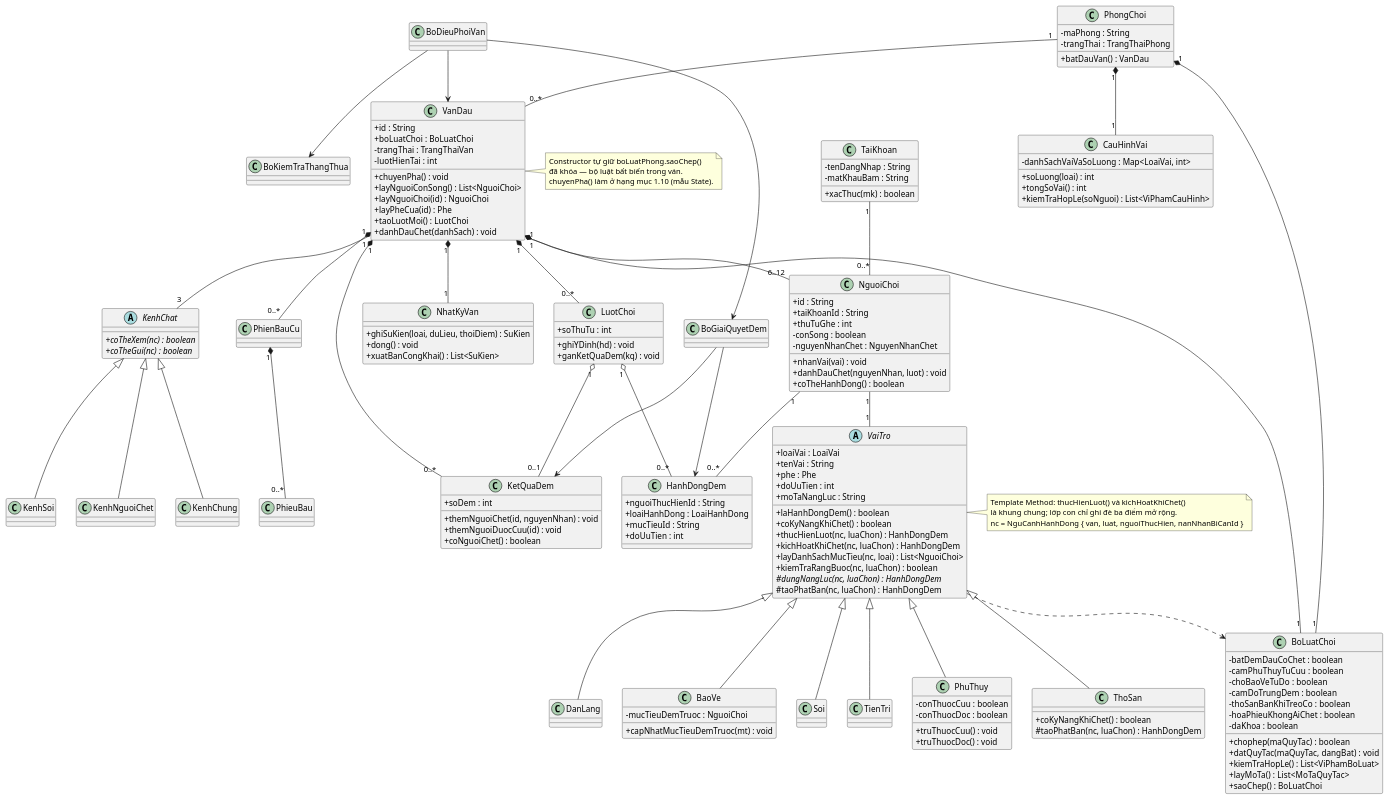
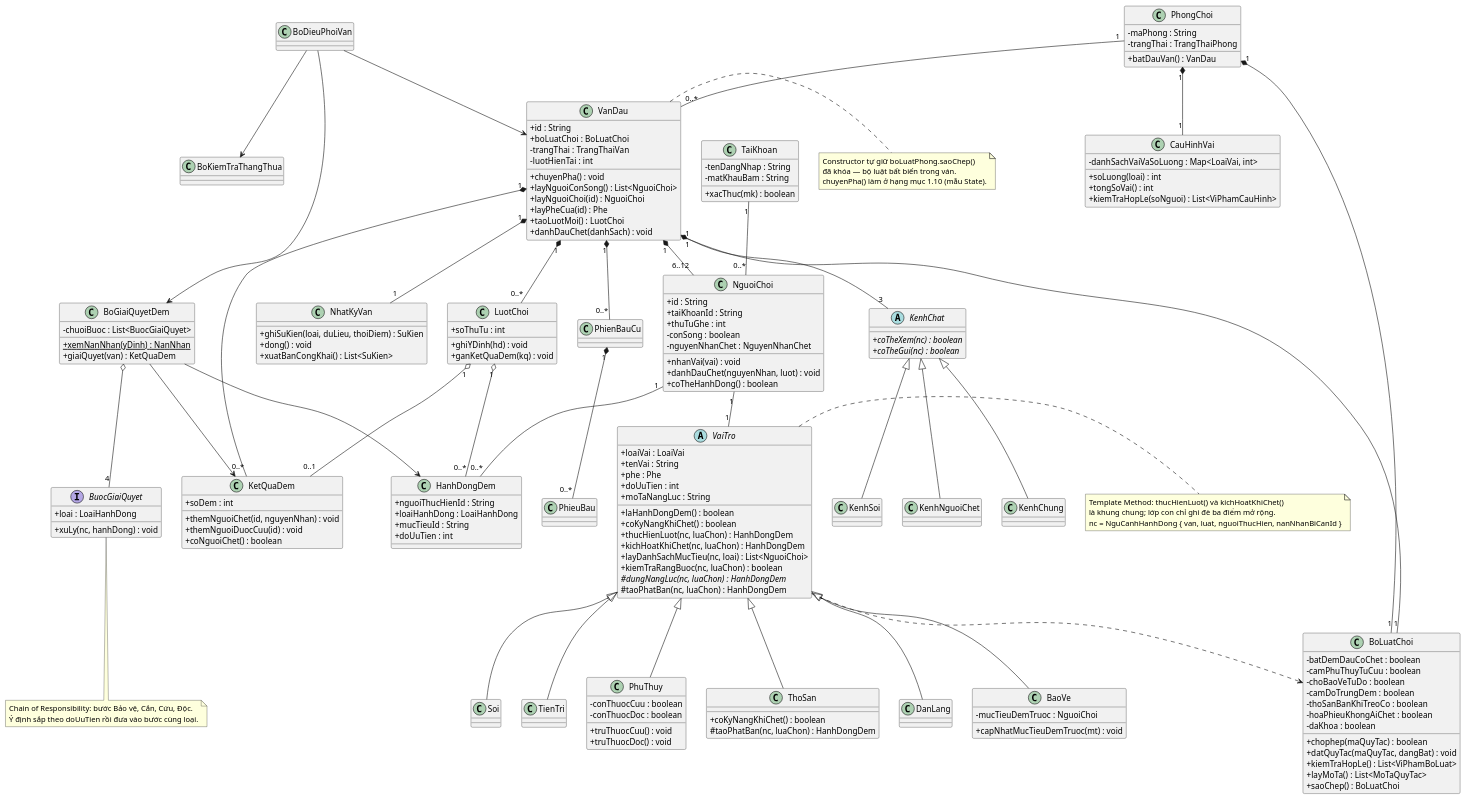
Before and after one commit to AlaVox-lab/WereWolf_Game: the diagram in docs/diagrams/03-class-loi.puml, drawn with PlantUML. The commit also changed 7 other files, not shown here.

```diff
--- a/docs/diagrams/03-class-loi.puml
+++ b/docs/diagrams/03-class-loi.puml
@@ -3,162 +3,175 @@
 @startuml
 skinparam classAttributeIconSize 0
 abstract class VaiTro {
   + loaiVai : LoaiVai
   + tenVai : String
   + phe : Phe
   + doUuTien : int
   + moTaNangLuc : String
   + laHanhDongDem() : boolean
   + coKyNangKhiChet() : boolean
   + thucHienLuot(nc, luaChon) : HanhDongDem
   + kichHoatKhiChet(nc, luaChon) : HanhDongDem
   + layDanhSachMucTieu(nc, loai) : List<NguoiChoi>
   + kiemTraRangBuoc(nc, luaChon) : boolean
   # {abstract} dungNangLuc(nc, luaChon) : HanhDongDem
   # taoPhatBan(nc, luaChon) : HanhDongDem
 }
 note right of VaiTro
   Template Method: thucHienLuot() và kichHoatKhiChet()
   là khung chung; lớp con chỉ ghi đè ba điểm mở rộng.
   nc = NguCanhHanhDong { van, luat, nguoiThucHien, nanNhanBiCanId }
 end note
 class DanLang
 class BaoVe {
   - mucTieuDemTruoc : NguoiChoi
   + capNhatMucTieuDemTruoc(mt) : void
 }
 class Soi
 class TienTri
 class PhuThuy {
   - conThuocCuu : boolean
   - conThuocDoc : boolean
   + truThuocCuu() : void
   + truThuocDoc() : void
 }
 class ThoSan {
   + coKyNangKhiChet() : boolean
   # taoPhatBan(nc, luaChon) : HanhDongDem
 }
 VaiTro <|-- DanLang
 VaiTro <|-- BaoVe
 VaiTro <|-- Soi
 VaiTro <|-- TienTri
 VaiTro <|-- PhuThuy
 VaiTro <|-- ThoSan
 abstract class KenhChat {
   + {abstract} coTheXem(nc) : boolean
   + {abstract} coTheGui(nc) : boolean
 }
 class KenhChung
 class KenhSoi
 class KenhNguoiChet
 KenhChat <|-- KenhChung
 KenhChat <|-- KenhSoi
 KenhChat <|-- KenhNguoiChet
 class TaiKhoan {
   - tenDangNhap : String
   - matKhauBam : String
   + xacThuc(mk) : boolean
 }
 class BoLuatChoi {
   - batDemDauCoChet : boolean
   - camPhuThuyTuCuu : boolean
   - choBaoVeTuDo : boolean
   - camDoTrungDem : boolean
   - thoSanBanKhiTreoCo : boolean
   - hoaPhieuKhongAiChet : boolean
   - daKhoa : boolean
   + chophep(maQuyTac) : boolean
   + datQuyTac(maQuyTac, dangBat) : void
   + kiemTraHopLe() : List<ViPhamBoLuat>
   + layMoTa() : List<MoTaQuyTac>
   + saoChep() : BoLuatChoi
 }
 class CauHinhVai {
   - danhSachVaiVaSoLuong : Map<LoaiVai, int>
   + soLuong(loai) : int
   + tongSoVai() : int
   + kiemTraHopLe(soNguoi) : List<ViPhamCauHinh>
 }
 class PhongChoi {
   - maPhong : String
   - trangThai : TrangThaiPhong
   + batDauVan() : VanDau
 }
 class VanDau {
   + id : String
   + boLuatChoi : BoLuatChoi
   - trangThai : TrangThaiVan
   - luotHienTai : int
   + chuyenPha() : void
   + layNguoiConSong() : List<NguoiChoi>
   + layNguoiChoi(id) : NguoiChoi
   + layPheCua(id) : Phe
   + taoLuotMoi() : LuotChoi
   + danhDauChet(danhSach) : void
 }
 note right of VanDau
   Constructor tự giữ boLuatPhong.saoChep()
   đã khóa — bộ luật bất biến trong ván.
   chuyenPha() làm ở hạng mục 1.10 (mẫu State).
 end note
 class NguoiChoi {
   + id : String
   + taiKhoanId : String
   + thuTuGhe : int
   - conSong : boolean
   - nguyenNhanChet : NguyenNhanChet
   + nhanVai(vai) : void
   + danhDauChet(nguyenNhan, luot) : void
   + coTheHanhDong() : boolean
 }
 class LuotChoi {
   + soThuTu : int
   + ghiYDinh(hd) : void
   + ganKetQuaDem(kq) : void
 }
 class NhatKyVan {
   + ghiSuKien(loai, duLieu, thoiDiem) : SuKien
   + dong() : void
   + xuatBanCongKhai() : List<SuKien>
 }
 class HanhDongDem {
   + nguoiThucHienId : String
   + loaiHanhDong : LoaiHanhDong
   + mucTieuId : String
   + doUuTien : int
 }
 class KetQuaDem {
   + soDem : int
   + themNguoiChet(id, nguyenNhan) : void
   + themNguoiDuocCuu(id) : void
   + coNguoiChet() : boolean
 }
 class PhienBauCu
 class PhieuBau
 class BoDieuPhoiVan
-class BoGiaiQuyetDem
+class BoGiaiQuyetDem {
+  - chuoiBuoc : List<BuocGiaiQuyet>
+  + {static} xemNanNhan(yDinh) : NanNhan
+  + giaiQuyet(van) : KetQuaDem
+}
+interface BuocGiaiQuyet {
+  + loai : LoaiHanhDong
+  + xuLy(nc, hanhDong) : void
+}
+BoGiaiQuyetDem o-- "4" BuocGiaiQuyet
+note bottom of BuocGiaiQuyet
+  Chain of Responsibility: bước Bảo vệ, Cắn, Cứu, Độc.
+  Ý định sắp theo doUuTien rồi đưa vào bước cùng loại.
+end note
 class BoKiemTraThangThua
 TaiKhoan "1" -- "0..*" NguoiChoi
 PhongChoi "1" -- "0..*" VanDau
 PhongChoi "1" *-- "1" BoLuatChoi
 PhongChoi "1" *-- "1" CauHinhVai
 VanDau "1" *-- "1" BoLuatChoi
 VaiTro ..> BoLuatChoi
 VanDau "1" *-- "6..12" NguoiChoi
 NguoiChoi "1" -- "1" VaiTro
 NguoiChoi "1" -- "0..*" HanhDongDem
 VanDau "1" *-- "0..*" LuotChoi
 LuotChoi "1" o-- "0..*" HanhDongDem
 LuotChoi "1" o-- "0..1" KetQuaDem
 VanDau "1" *-- "1" NhatKyVan
 VanDau "1" *-- "0..*" KetQuaDem
 VanDau "1" *-- "0..*" PhienBauCu
 PhienBauCu "1" *-- "0..*" PhieuBau
 VanDau "1" -- "3" KenhChat
 BoDieuPhoiVan --> VanDau
 BoDieuPhoiVan --> BoGiaiQuyetDem
 BoGiaiQuyetDem --> HanhDongDem
 BoGiaiQuyetDem --> KetQuaDem
 BoDieuPhoiVan --> BoKiemTraThangThua
 @enduml
```
